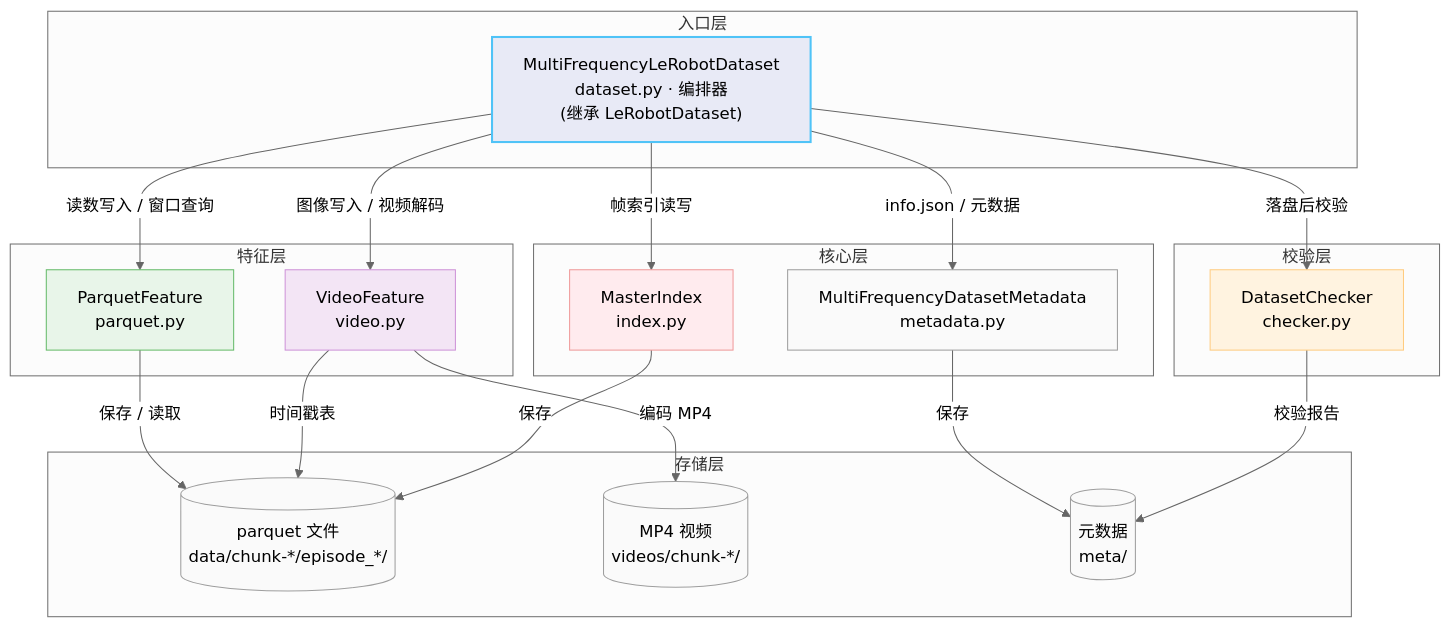
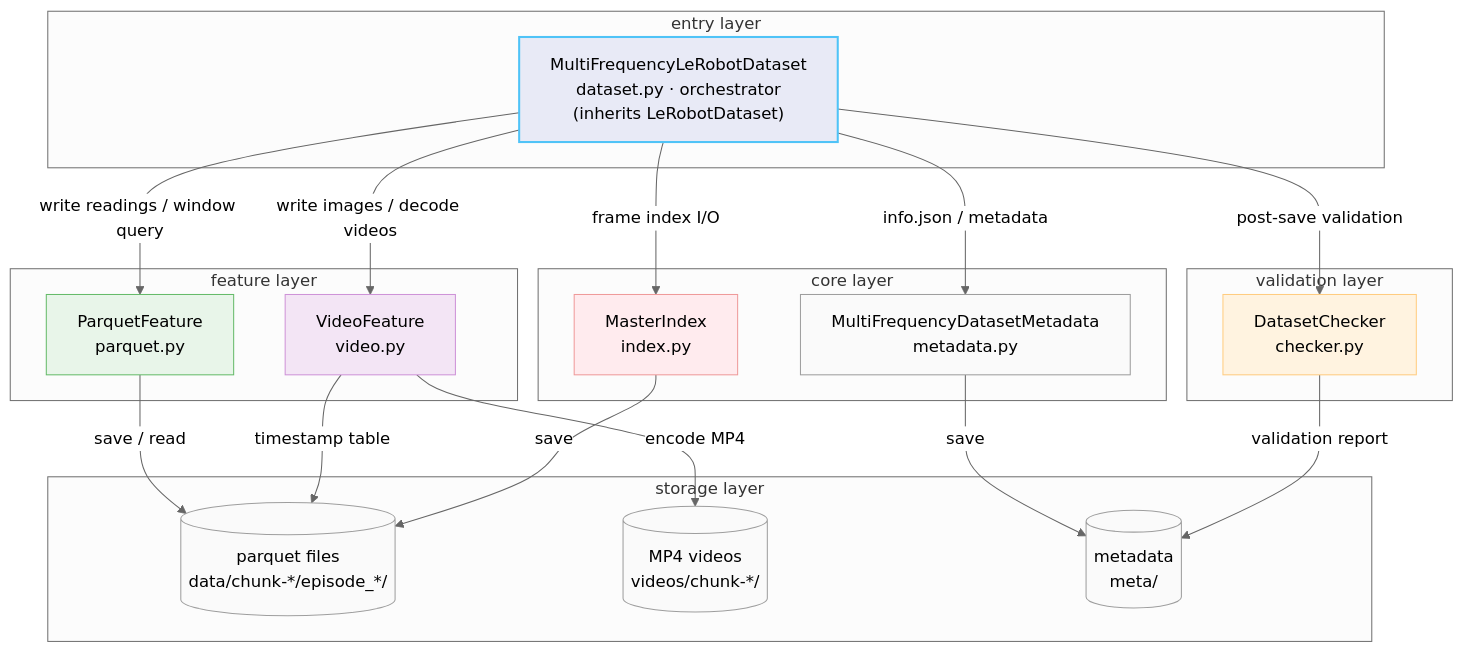
The fourth of 4 diagrams in README.md (Koorye/Multi-Frequency-LeRobot), drawn with Mermaid (neutral theme) before and after one commit. The commit also changed other lines of this file and 10 other files, not shown here.

Commit message:
update: bilingual README, numbered examples, drop multi_episode

````diff
--- a/README.md
+++ b/README.md
@@ -479,48 +480,48 @@
 ```mermaid
 flowchart TB
-    subgraph Entry["入口层"]
-        DS["MultiFrequencyLeRobotDataset<br/>dataset.py · 编排器<br/>(继承 LeRobotDataset)"]
+    subgraph Entry["entry layer"]
+        DS["MultiFrequencyLeRobotDataset<br/>dataset.py · orchestrator<br/>(inherits LeRobotDataset)"]
     end
 
-    subgraph Core["核心层"]
+    subgraph Core["core layer"]
         IX["MasterIndex<br/>index.py"]
         MD["MultiFrequencyDatasetMetadata<br/>metadata.py"]
     end
 
-    subgraph Features["特征层"]
+    subgraph Features["feature layer"]
         PF["ParquetFeature<br/>parquet.py"]
         VF["VideoFeature<br/>video.py"]
     end
 
-    subgraph Validate["校验层"]
+    subgraph Validate["validation layer"]
         CK["DatasetChecker<br/>checker.py"]
     end
 
-    subgraph Store["存储层"]
-        PQ[("parquet 文件<br/>data/chunk-*/episode_*/")]
-        MP4[("MP4 视频<br/>videos/chunk-*/")]
-        META[("元数据<br/>meta/")]
+    subgraph Store["storage layer"]
+        PQ[("parquet files<br/>data/chunk-*/episode_*/")]
+        MP4[("MP4 videos<br/>videos/chunk-*/")]
+        META[("metadata<br/>meta/")]
     end
 
-    DS -->|"帧索引读写"| IX
-    DS -->|"info.json / 元数据"| MD
-    DS -->|"读数写入 / 窗口查询"| PF
-    DS -->|"图像写入 / 视频解码"| VF
-    DS -->|"落盘后校验"| CK
-    PF -->|"保存 / 读取"| PQ
-    VF -->|"编码 MP4"| MP4
-    VF -->|"时间戳表"| PQ
-    IX -->|"保存"| PQ
-    MD -->|"保存"| META
-    CK -->|"校验报告"| META
+    DS -->|"frame index I/O"| IX
+    DS -->|"info.json / metadata"| MD
+    DS -->|"write readings / window query"| PF
+    DS -->|"write images / decode videos"| VF
+    DS -->|"post-save validation"| CK
+    PF -->|"save / read"| PQ
+    VF -->|"encode MP4"| MP4
+    VF -->|"timestamp table"| PQ
+    IX -->|"save"| PQ
+    MD -->|"save"| META
+    CK -->|"validation report"| META
 
     style DS fill:#e8eaf6,stroke:#4fc3f7,stroke-width:2px,color:#000
     style IX fill:#ffebee,stroke:#ef9a9a,color:#000
     style MD fill:#fafafa,stroke:#9e9e9e,color:#000
     style PF fill:#e8f5e9,stroke:#66bb6a,color:#000
     style VF fill:#f3e5f5,stroke:#ce93d8,color:#000
     style CK fill:#fff3e0,stroke:#ffcc80,color:#000
     style PQ fill:#fafafa,stroke:#9e9e9e,color:#000
     style MP4 fill:#fafafa,stroke:#9e9e9e,color:#000
     style META fill:#fafafa,stroke:#9e9e9e,color:#000
 ```
````
